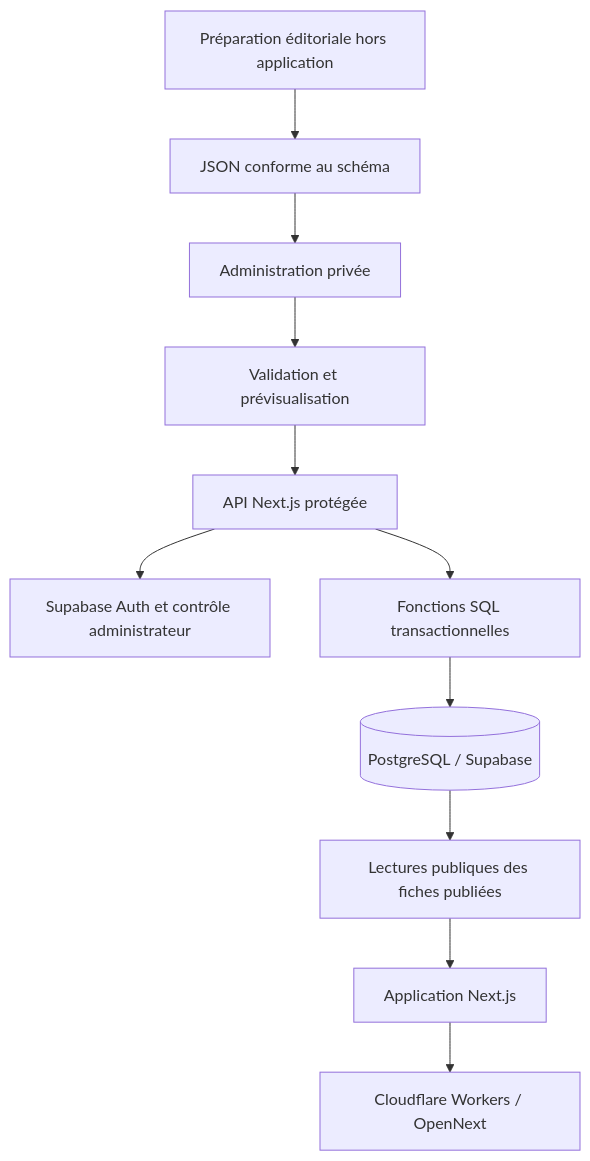
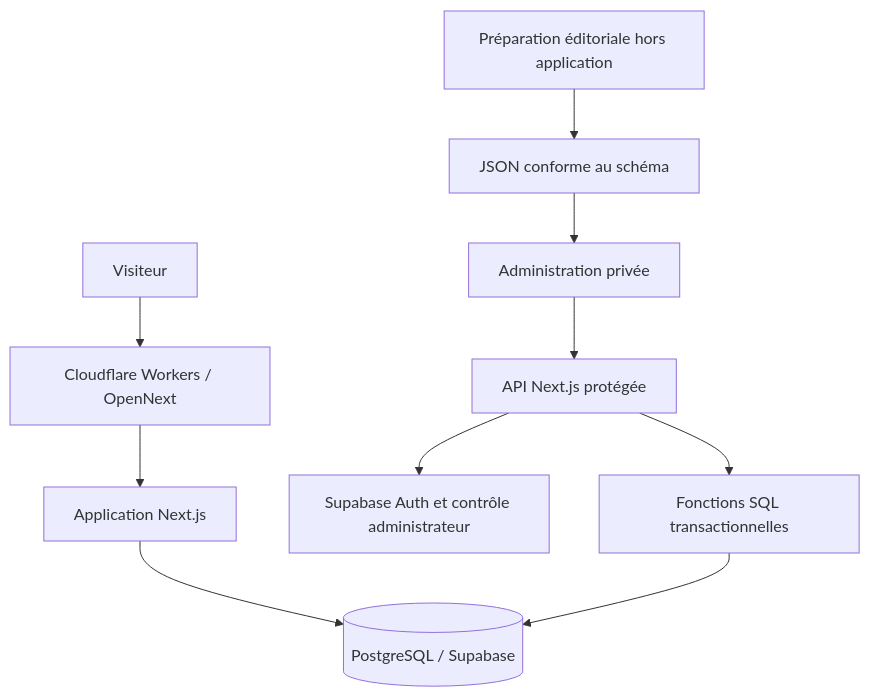
One commit to Nabouna32/Namesia changed the diagram in docs/architecture.md. Above: the diagram before and after it, drawn with Mermaid.

Commit message:
Corriger le sens du flux dans le schéma d'architecture

````diff
--- a/docs/architecture.md
+++ b/docs/architecture.md
@@ -13,13 +13,12 @@
 ```mermaid
 flowchart TD
-  A["Préparation éditoriale hors application"] --> B["JSON conforme au schéma"]
-  B --> C["Administration privée"]
-  C --> D["Validation et prévisualisation"]
-  D --> E["API Next.js protégée"]
-  E --> F["Supabase Auth et contrôle administrateur"]
-  E --> G["Fonctions SQL transactionnelles"]
-  G --> H[("PostgreSQL / Supabase")]
-  H --> I["Lectures publiques des fiches publiées"]
-  I --> J["Application Next.js"]
-  J --> K["Cloudflare Workers / OpenNext"]
+  V["Visiteur"] --> CF["Cloudflare Workers / OpenNext"]
+  CF --> APP["Application Next.js"]
+  APP --> DB[("PostgreSQL / Supabase")]
+  P["Préparation éditoriale hors application"] --> JSON["JSON conforme au schéma"]
+  JSON --> ADMIN["Administration privée"]
+  ADMIN --> API["API Next.js protégée"]
+  API --> AUTH["Supabase Auth et contrôle administrateur"]
+  API --> SQL["Fonctions SQL transactionnelles"]
+  SQL --> DB
 ```
````
